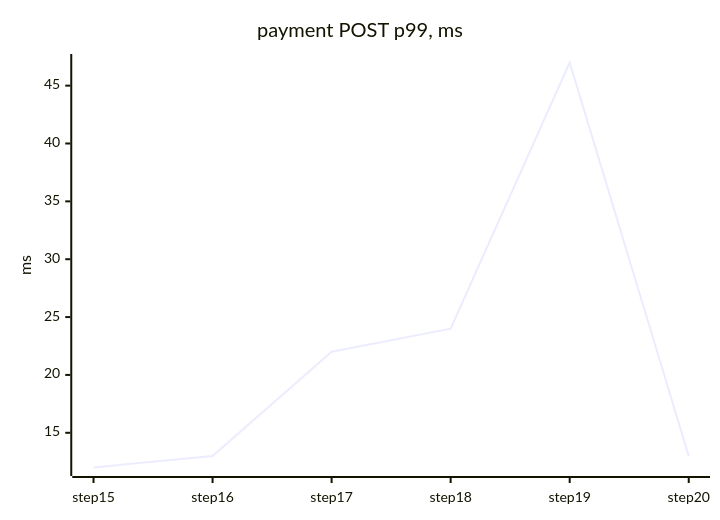
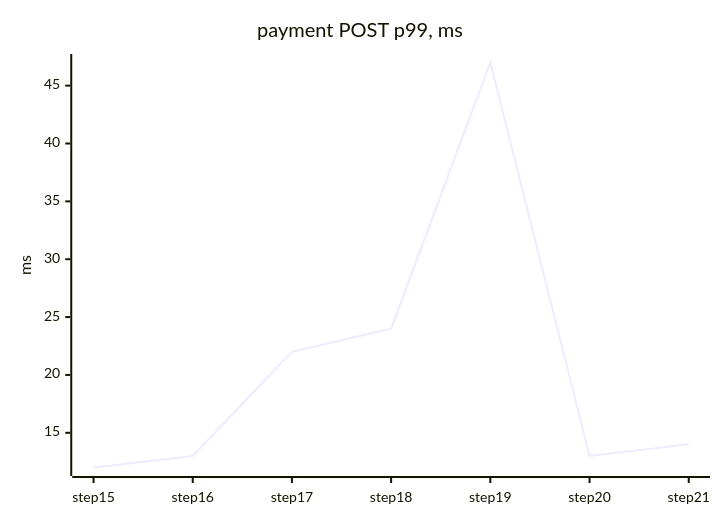
One commit to tanvoid0/ledgerflow changed the third of 4 diagrams in docs/perf/README.md. Above: the diagram before and after it, drawn with Mermaid. The commit also changed other lines of this file and 6 other files, not shown here.

````diff
--- a/docs/perf/README.md
+++ b/docs/perf/README.md
@@ -88,7 +91,7 @@
 ```mermaid
 xychart-beta
     title "payment POST p99, ms"
-    x-axis ["step15", "step16", "step17", "step18", "step19", "step20"]
+    x-axis ["step15", "step16", "step17", "step18", "step19", "step20", "step21"]
     y-axis "ms"
-    line [12, 13, 22, 24, 47, 13]
+    line [12, 13, 22, 24, 47, 13, 14]
 ```
````
